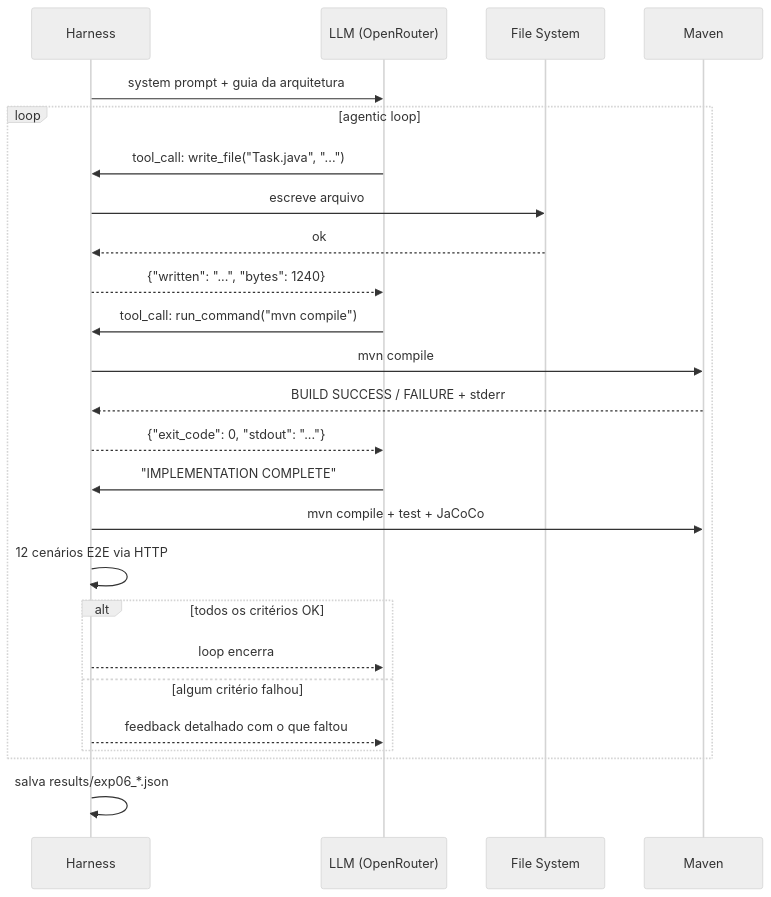
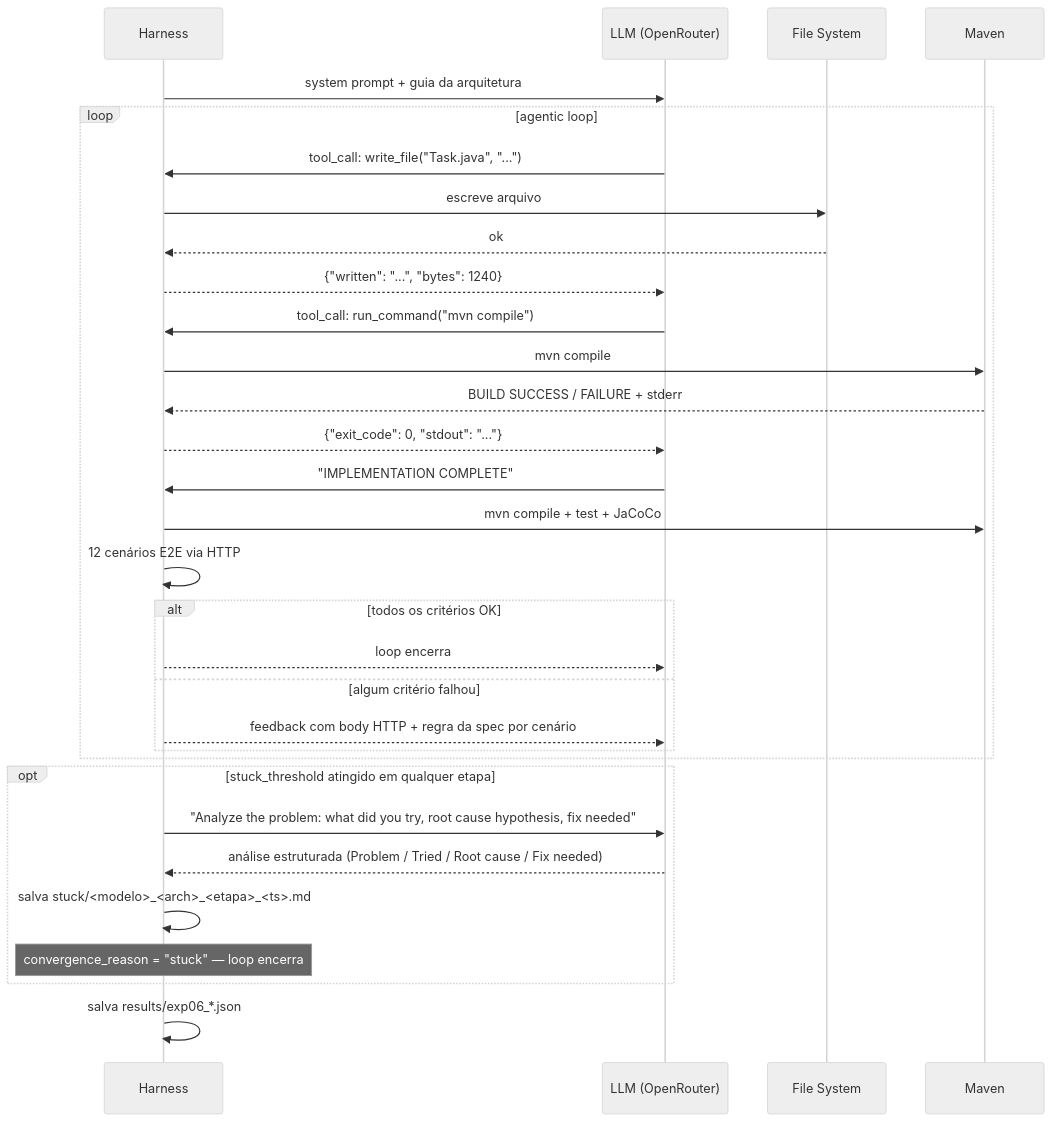
The second of 2 diagrams in experiments/exp-06-agentic-benchmark/README.md (GaberRB/benchmark-ai), drawn with Mermaid (neutral theme) before and after one commit. The commit also changed other lines of this file and 1 other file, not shown here.

First line of the commit message:
docs(exp-06): atualiza READMEs com features do harness (stuck, E2E feedback, Qwen)

````diff
--- a/experiments/exp-06-agentic-benchmark/README.md
+++ b/experiments/exp-06-agentic-benchmark/README.md
@@ -99,30 +102,36 @@
 ```mermaid
 sequenceDiagram
     participant H as Harness
     participant L as LLM (OpenRouter)
     participant FS as File System
     participant MV as Maven
 
     H->>L: system prompt + guia da arquitetura
     loop agentic loop
         L->>H: tool_call: write_file("Task.java", "...")
         H->>FS: escreve arquivo
         FS-->>H: ok
         H-->>L: {"written": "...", "bytes": 1240}
 
         L->>H: tool_call: run_command("mvn compile")
         H->>MV: mvn compile
         MV-->>H: BUILD SUCCESS / FAILURE + stderr
         H-->>L: {"exit_code": 0, "stdout": "..."}
 
         L->>H: "IMPLEMENTATION COMPLETE"
         H->>MV: mvn compile + test + JaCoCo
         H->>H: 12 cenários E2E via HTTP
         alt todos os critérios OK
             H-->>L: loop encerra
         else algum critério falhou
-            H-->>L: feedback detalhado com o que faltou
+            H-->>L: feedback com body HTTP + regra da spec por cenário
         end
+    end
+    opt stuck_threshold atingido em qualquer etapa
+        H->>L: "Analyze the problem: what did you try, root cause hypothesis, fix needed"
+        L-->>H: análise estruturada (Problem / Tried / Root cause / Fix needed)
+        H->>H: salva stuck/<modelo>_<arch>_<etapa>_<ts>.md
+        Note over H: convergence_reason = "stuck" — loop encerra
     end
     H->>H: salva results/exp06_*.json
 ```
````
